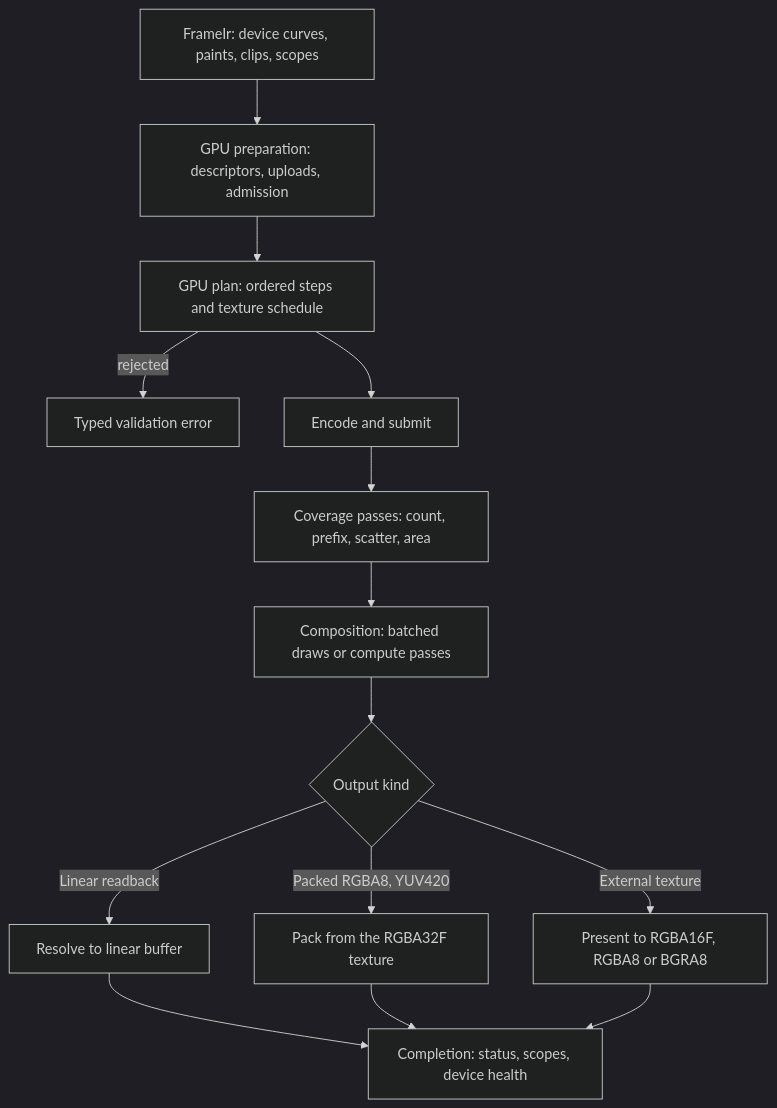
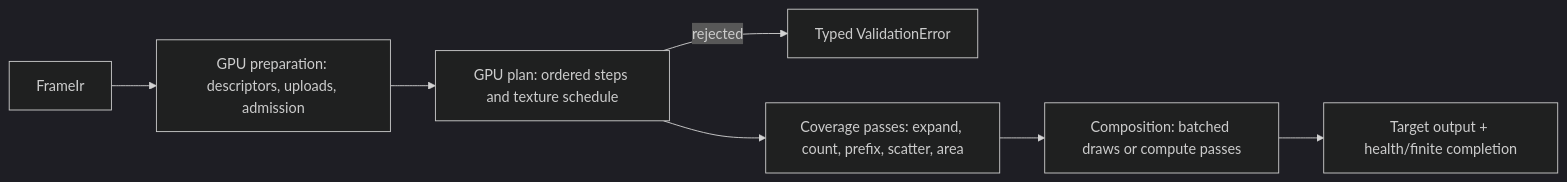
Before and after one commit to motion-rs/motion-rs: the fourth of 8 diagrams in docs/en/design/rendering.md, drawn with Mermaid (dark theme). The commit also changed other lines of this file and 43 other files, not shown here.

````diff
--- a/docs/en/design/rendering.md
+++ b/docs/en/design/rendering.md
@@ -617,16 +484,9 @@
 ```mermaid
-flowchart TD
-    IR["FrameIr: device curves, paints, clips, scopes"] --> Prep["GPU preparation: descriptors, uploads, admission"]
+flowchart LR
+    IR["FrameIr"] --> Prep["GPU preparation: descriptors, uploads, admission"]
     Prep --> Plan["GPU plan: ordered steps and texture schedule"]
-    Plan -->|rejected| Err["Typed validation error"]
-    Plan --> Submit["Encode and submit"]
-    Submit --> Cov["Coverage passes: count, prefix, scatter, area"]
+    Plan -->|rejected| Err["Typed ValidationError"]
+    Plan --> Cov["Coverage passes: expand, count, prefix, scatter, area"]
     Cov --> Comp["Composition: batched draws or compute passes"]
-    Comp --> Out{"Output kind"}
-    Out -->|Linear readback| Lin["Resolve to linear buffer"]
-    Out -->|Packed RGBA8, YUV420| Pack["Pack from the RGBA32F texture"]
-    Out -->|External texture| Pres["Present to RGBA16F, RGBA8 or BGRA8"]
-    Lin --> Done["Completion: status, scopes, device health"]
-    Pack --> Done
-    Pres --> Done
+    Comp --> Out["Target output + health/finite completion"]
 ```
````
